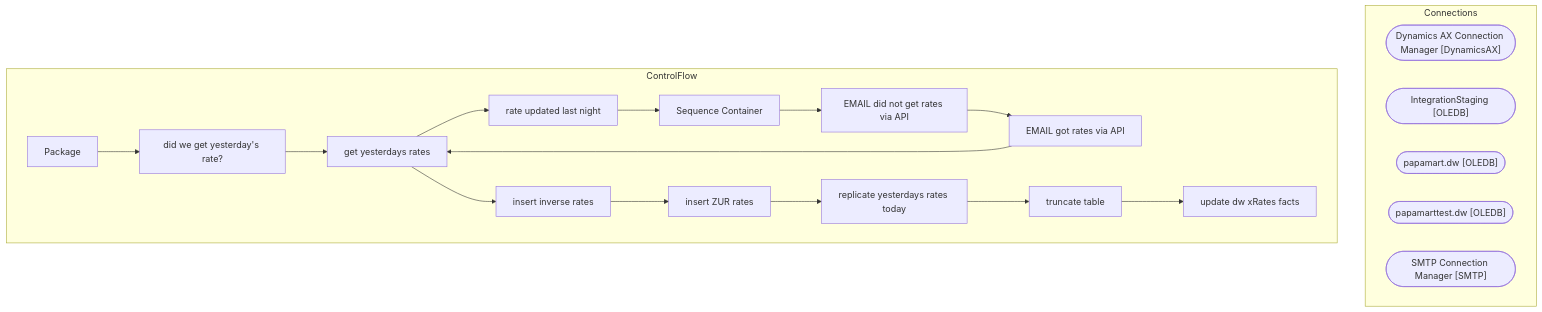
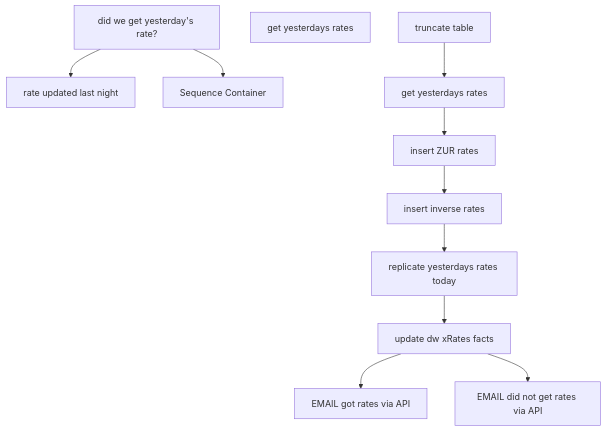
One commit to juanandresbrain/BABSkills changed the diagram in bab-docs-explorer/Documentation/STL-SSIS-P-01/SSIS/ExchangeRates/ERP_xRateDaily.Package.md. Above: the diagram before and after it, drawn with Mermaid. The commit also changed other lines of this file and 273 other files, not shown here.

````diff
--- a/bab-docs-explorer/Documentation/STL-SSIS-P-01/SSIS/ExchangeRates/ERP_xRateDaily.Package.md
+++ b/bab-docs-explorer/Documentation/STL-SSIS-P-01/SSIS/ExchangeRates/ERP_xRateDaily.Package.md
@@ -9,37 +54,24 @@
 ```mermaid
 flowchart TD
-    subgraph Connections
-        Dynamics_AX_Connection_Manager_conn(["Dynamics AX Connection Manager [DynamicsAX]"])
-        IntegrationStaging_conn(["IntegrationStaging [OLEDB]"])
-        papamart_dw_conn(["papamart.dw [OLEDB]"])
-        papamarttest_dw_conn(["papamarttest.dw [OLEDB]"])
-        SMTP_Connection_Manager_conn(["SMTP Connection Manager [SMTP]"])
-    end
-    subgraph ControlFlow
-        Package_task["Package"]
-        did_we_get_yesterday_s_rate__task["did we get yesterday's rate?"]
-        Package_task --> did_we_get_yesterday_s_rate__task
-        get_yesterdays_rates_task["get yesterdays rates"]
-        did_we_get_yesterday_s_rate__task --> get_yesterdays_rates_task
-        rate_updated_last_night_task["rate updated last night"]
-        get_yesterdays_rates_task --> rate_updated_last_night_task
-        Sequence_Container_task["Sequence Container"]
-        rate_updated_last_night_task --> Sequence_Container_task
-        EMAIL_did_not_get_rates_via_API_task["EMAIL did not get rates via API"]
-        Sequence_Container_task --> EMAIL_did_not_get_rates_via_API_task
-        EMAIL_got_rates_via_API_task["EMAIL got rates via API"]
-        EMAIL_did_not_get_rates_via_API_task --> EMAIL_got_rates_via_API_task
-        get_yesterdays_rates_task["get yesterdays rates"]
-        EMAIL_got_rates_via_API_task --> get_yesterdays_rates_task
-        insert_inverse_rates_task["insert inverse rates"]
-        get_yesterdays_rates_task --> insert_inverse_rates_task
-        insert_ZUR_rates_task["insert ZUR rates"]
-        insert_inverse_rates_task --> insert_ZUR_rates_task
-        replicate_yesterdays_rates_today_task["replicate yesterdays rates today"]
-        insert_ZUR_rates_task --> replicate_yesterdays_rates_today_task
-        truncate_table_task["truncate table"]
-        replicate_yesterdays_rates_today_task --> truncate_table_task
-        update_dw_xRates_facts_task["update dw xRates facts"]
-        truncate_table_task --> update_dw_xRates_facts_task
-    end
+    n_Package_did_we_get_yesterday_s_rate_["did we get yesterday's rate?"]
+    n_Package_get_yesterdays_rates["get yesterdays rates"]
+    n_Package_rate_updated_last_night["rate updated last night"]
+    n_Package_Sequence_Container["Sequence Container"]
+    n_Package_Sequence_Container_EMAIL_did_not_get_rates_via_API["EMAIL did not get rates via API"]
+    n_Package_Sequence_Container_EMAIL_got_rates_via_API["EMAIL got rates via API"]
+    n_Package_Sequence_Container_get_yesterdays_rates["get yesterdays rates"]
+    n_Package_Sequence_Container_insert_inverse_rates["insert inverse rates"]
+    n_Package_Sequence_Container_insert_ZUR_rates["insert ZUR rates"]
+    n_Package_Sequence_Container_replicate_yesterdays_rates_today["replicate yesterdays rates today"]
+    n_Package_Sequence_Container_truncate_table["truncate table"]
+    n_Package_Sequence_Container_update_dw_xRates_facts["update dw xRates facts"]
+    n_Package_Sequence_Container_truncate_table --> n_Package_Sequence_Container_get_yesterdays_rates
+    n_Package_Sequence_Container_get_yesterdays_rates --> n_Package_Sequence_Container_insert_ZUR_rates
+    n_Package_Sequence_Container_insert_ZUR_rates --> n_Package_Sequence_Container_insert_inverse_rates
+    n_Package_Sequence_Container_insert_inverse_rates --> n_Package_Sequence_Container_replicate_yesterdays_rates_today
+    n_Package_Sequence_Container_replicate_yesterdays_rates_today --> n_Package_Sequence_Container_update_dw_xRates_facts
+    n_Package_Sequence_Container_update_dw_xRates_facts --> n_Package_Sequence_Container_EMAIL_got_rates_via_API
+    n_Package_Sequence_Container_update_dw_xRates_facts --> n_Package_Sequence_Container_EMAIL_did_not_get_rates_via_API
+    n_Package_did_we_get_yesterday_s_rate_ --> n_Package_Sequence_Container
+    n_Package_did_we_get_yesterday_s_rate_ --> n_Package_rate_updated_last_night
 ```
````
